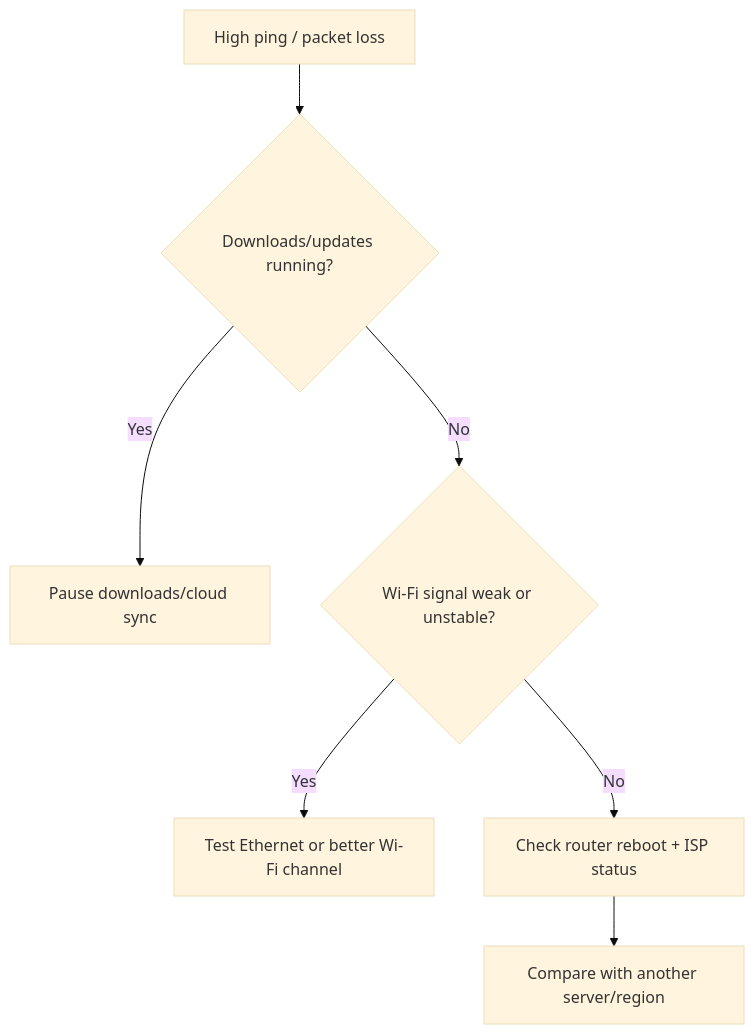
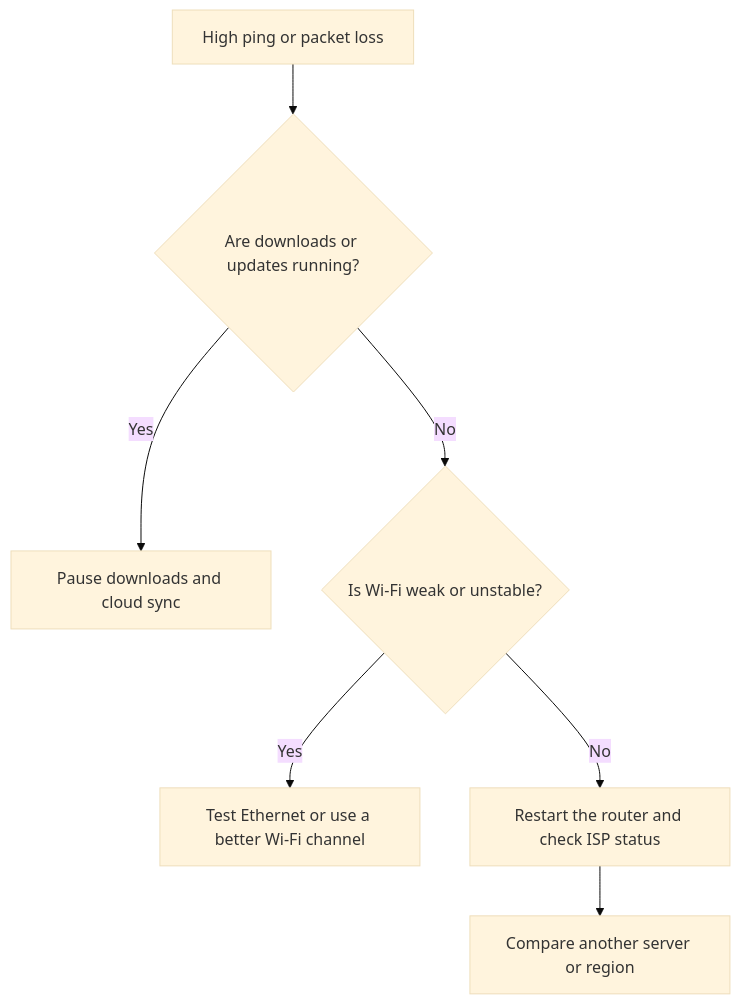
Before and after one commit to h4zvenn/gaming-pc-guide: the fourth of 5 diagrams in docs/15-troubleshooting-decision-trees.md, drawn with Mermaid (base theme). The commit also changed other lines of this file, not shown here.

````diff
--- a/docs/15-troubleshooting-decision-trees.md
+++ b/docs/15-troubleshooting-decision-trees.md
@@ -103,9 +97,9 @@
 ```mermaid
 flowchart TD
-    A[High ping / packet loss] --> B{Downloads/updates running?}
-    B -- Yes --> C[Pause downloads/cloud sync]
-    B -- No --> D{Wi-Fi signal weak or unstable?}
-    D -- Yes --> E[Test Ethernet or better Wi-Fi channel]
-    D -- No --> F[Check router reboot + ISP status]
-    F --> G[Compare with another server/region]
+    A[High ping or packet loss] --> B{Are downloads or updates running?}
+    B -- Yes --> C[Pause downloads and cloud sync]
+    B -- No --> D{Is Wi-Fi weak or unstable?}
+    D -- Yes --> E[Test Ethernet or use a better Wi-Fi channel]
+    D -- No --> F[Restart the router and check ISP status]
+    F --> G[Compare another server or region]
 ```
````
